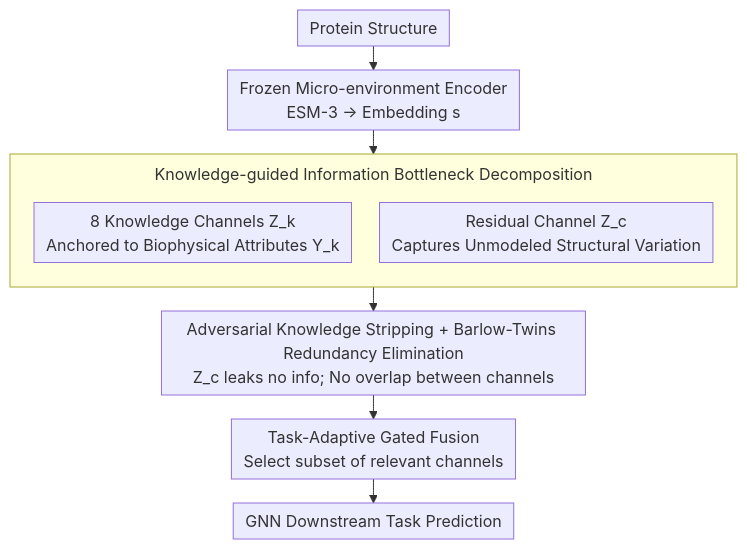
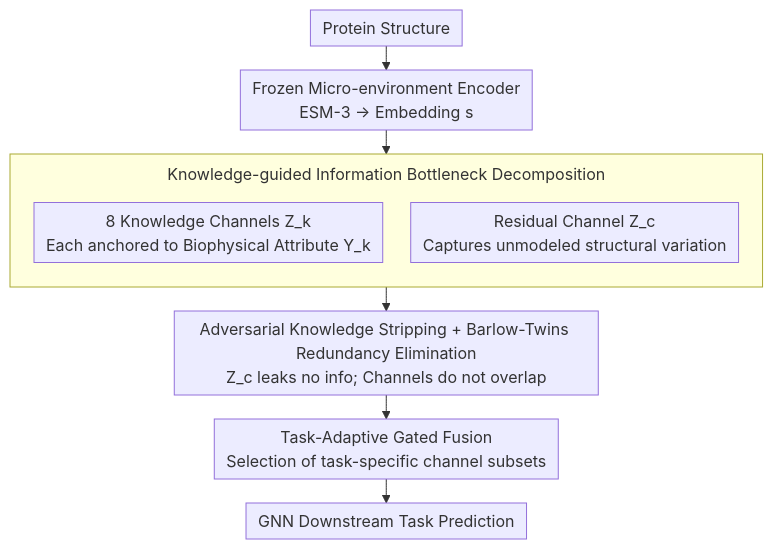
Before and after one commit to zhaoyang97/Paper-Notes-en: the diagram in docs/ICML2026/computational_biology/learning_protein_structure-function_relationships_through_knowledge-guided_repre.md, drawn with Mermaid. The commit also changed other lines of this file and 5084 other files, not shown here.

````diff
--- a/docs/ICML2026/computational_biology/learning_protein_structure-function_relationships_through_knowledge-guided_repre.md
+++ b/docs/ICML2026/computational_biology/learning_protein_structure-function_relationships_through_knowledge-guided_repre.md
@@ -43,14 +43,14 @@
 ```mermaid
 %%{init: {'flowchart': {'rankSpacing': 24, 'nodeSpacing': 28, 'padding': 6, 'wrappingWidth': 400, 'subGraphTitleMargin': {'top': 8, 'bottom': 16}}}}%%
 flowchart TD
     A["Protein Structure"] --> B["Frozen Micro-environment Encoder<br/>ESM-3 → Embedding s"]
     B --> C
     subgraph C["Knowledge-guided Information Bottleneck Decomposition"]
         direction TB
-        D["8 Knowledge Channels Z_k<br/>Anchored to Biophysical Attributes Y_k"]
-        E["Residual Channel Z_c<br/>Captures Unmodeled Structural Variation"]
+        D["8 Knowledge Channels Z_k<br/>Each anchored to Biophysical Attribute Y_k"]
+        E["Residual Channel Z_c<br/>Captures unmodeled structural variation"]
     end
-    C --> F["Adversarial Knowledge Stripping + Barlow-Twins Redundancy Elimination<br/>Z_c leaks no info; No overlap between channels"]
-    F --> G["Task-Adaptive Gated Fusion<br/>Select subset of relevant channels"]
+    C --> F["Adversarial Knowledge Stripping + Barlow-Twins Redundancy Elimination<br/>Z_c leaks no info; Channels do not overlap"]
+    F --> G["Task-Adaptive Gated Fusion<br/>Selection of task-specific channel subsets"]
     G --> H["GNN Downstream Task Prediction"]
 ```
````
